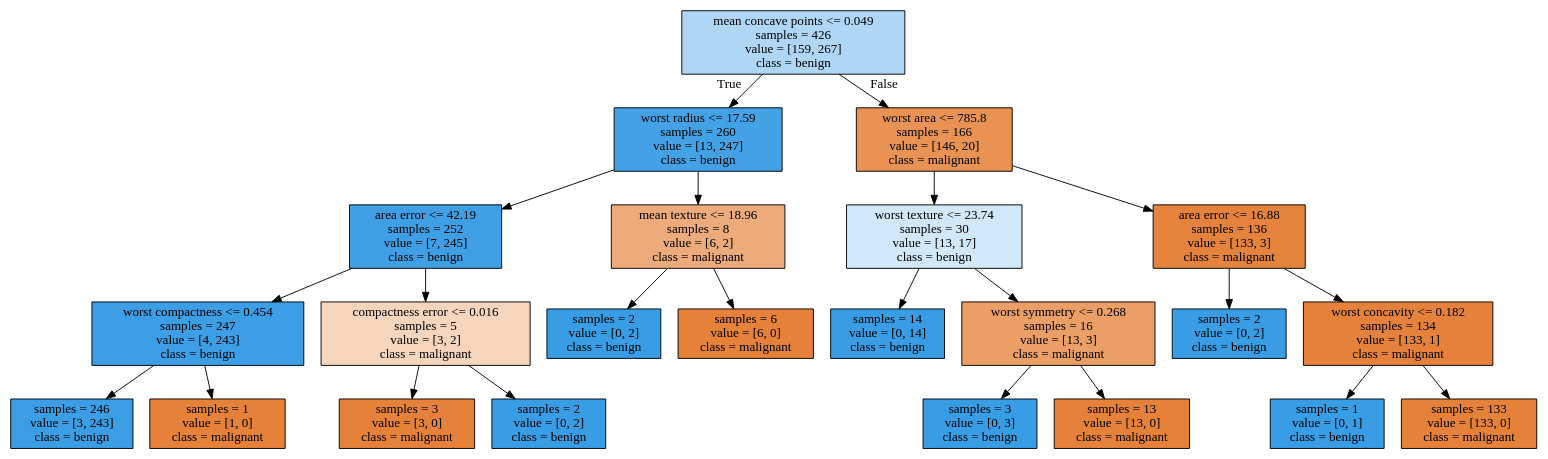
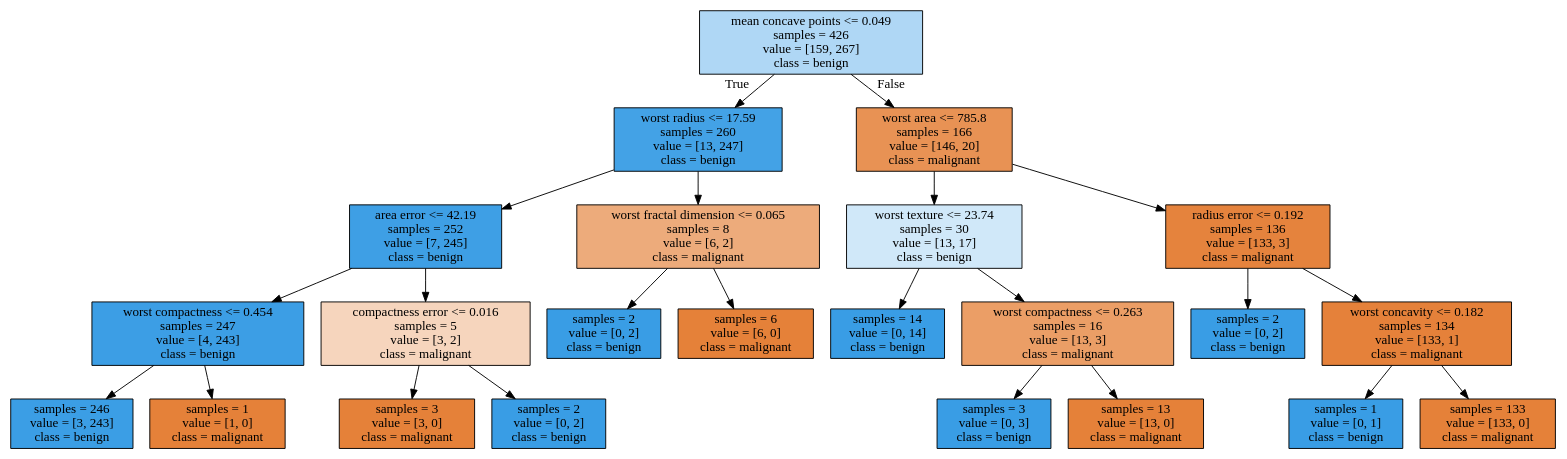
Before and after one commit to davidmilIs/Data-Clustering: the diagram in breast_tree.dot, drawn with Graphviz. The commit also changed 2 other files, not shown here.

```diff
--- a/breast_tree.dot
+++ b/breast_tree.dot
@@ -1,48 +1,48 @@
 digraph Tree {
 node [shape=box, style="filled", color="black"] ;
 0 [label="mean concave points <= 0.049\nsamples = 426\nvalue = [159, 267]\nclass = benign", fillcolor="#399de567"] ;
 1 [label="worst radius <= 17.59\nsamples = 260\nvalue = [13, 247]\nclass = benign", fillcolor="#399de5f2"] ;
 0 -> 1 [labeldistance=2.5, labelangle=45, headlabel="True"] ;
 2 [label="area error <= 42.19\nsamples = 252\nvalue = [7, 245]\nclass = benign", fillcolor="#399de5f8"] ;
 1 -> 2 ;
 3 [label="worst compactness <= 0.454\nsamples = 247\nvalue = [4, 243]\nclass = benign", fillcolor="#399de5fb"] ;
 2 -> 3 ;
 4 [label="samples = 246\nvalue = [3, 243]\nclass = benign", fillcolor="#399de5fc"] ;
 3 -> 4 ;
 5 [label="samples = 1\nvalue = [1, 0]\nclass = malignant", fillcolor="#e58139ff"] ;
 3 -> 5 ;
 6 [label="compactness error <= 0.016\nsamples = 5\nvalue = [3, 2]\nclass = malignant", fillcolor="#e5813955"] ;
 2 -> 6 ;
 7 [label="samples = 3\nvalue = [3, 0]\nclass = malignant", fillcolor="#e58139ff"] ;
 6 -> 7 ;
 8 [label="samples = 2\nvalue = [0, 2]\nclass = benign", fillcolor="#399de5ff"] ;
 6 -> 8 ;
-9 [label="mean texture <= 18.96\nsamples = 8\nvalue = [6, 2]\nclass = malignant", fillcolor="#e58139aa"] ;
+9 [label="worst fractal dimension <= 0.065\nsamples = 8\nvalue = [6, 2]\nclass = malignant", fillcolor="#e58139aa"] ;
 1 -> 9 ;
 10 [label="samples = 2\nvalue = [0, 2]\nclass = benign", fillcolor="#399de5ff"] ;
 9 -> 10 ;
 11 [label="samples = 6\nvalue = [6, 0]\nclass = malignant", fillcolor="#e58139ff"] ;
 9 -> 11 ;
 12 [label="worst area <= 785.8\nsamples = 166\nvalue = [146, 20]\nclass = malignant", fillcolor="#e58139dc"] ;
 0 -> 12 [labeldistance=2.5, labelangle=-45, headlabel="False"] ;
 13 [label="worst texture <= 23.74\nsamples = 30\nvalue = [13, 17]\nclass = benign", fillcolor="#399de53c"] ;
 12 -> 13 ;
 14 [label="samples = 14\nvalue = [0, 14]\nclass = benign", fillcolor="#399de5ff"] ;
 13 -> 14 ;
-15 [label="worst symmetry <= 0.268\nsamples = 16\nvalue = [13, 3]\nclass = malignant", fillcolor="#e58139c4"] ;
+15 [label="worst compactness <= 0.263\nsamples = 16\nvalue = [13, 3]\nclass = malignant", fillcolor="#e58139c4"] ;
 13 -> 15 ;
 16 [label="samples = 3\nvalue = [0, 3]\nclass = benign", fillcolor="#399de5ff"] ;
 15 -> 16 ;
 17 [label="samples = 13\nvalue = [13, 0]\nclass = malignant", fillcolor="#e58139ff"] ;
 15 -> 17 ;
-18 [label="area error <= 16.88\nsamples = 136\nvalue = [133, 3]\nclass = malignant", fillcolor="#e58139f9"] ;
+18 [label="radius error <= 0.192\nsamples = 136\nvalue = [133, 3]\nclass = malignant", fillcolor="#e58139f9"] ;
 12 -> 18 ;
 19 [label="samples = 2\nvalue = [0, 2]\nclass = benign", fillcolor="#399de5ff"] ;
 18 -> 19 ;
 20 [label="worst concavity <= 0.182\nsamples = 134\nvalue = [133, 1]\nclass = malignant", fillcolor="#e58139fd"] ;
 18 -> 20 ;
 21 [label="samples = 1\nvalue = [0, 1]\nclass = benign", fillcolor="#399de5ff"] ;
 20 -> 21 ;
 22 [label="samples = 133\nvalue = [133, 0]\nclass = malignant", fillcolor="#e58139ff"] ;
 20 -> 22 ;
 }
```
